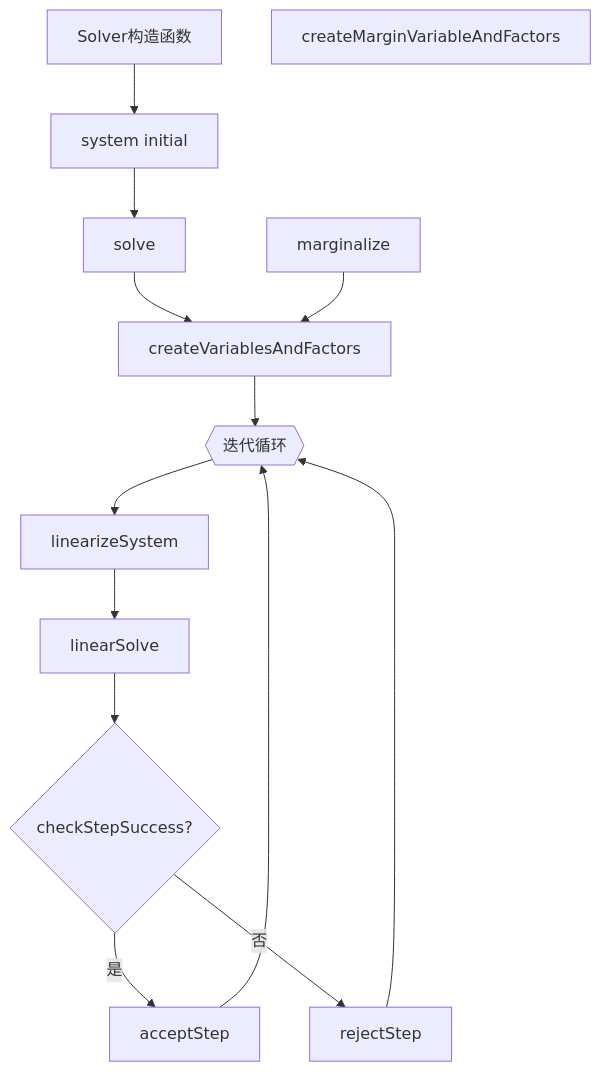
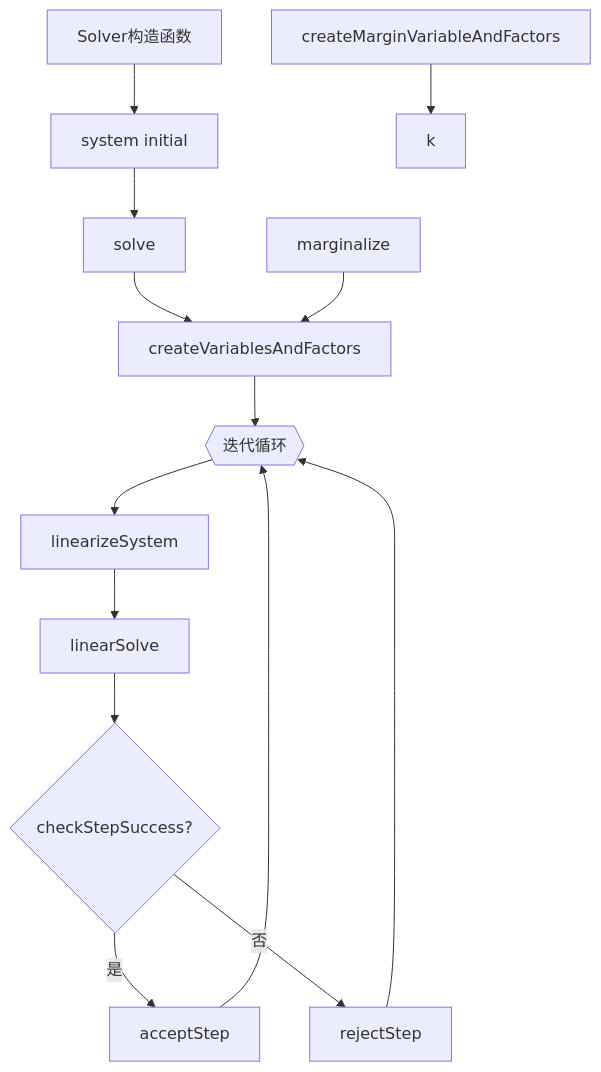
Before and after one commit to huzixuan1/iodraw-files: the diagram in all/未命名-2.md, drawn with Mermaid.

Commit message:
2025-04-17 09:29:11 update

````diff
--- a/all/未命名-2.md
+++ b/all/未命名-2.md
@@ -1,19 +1,19 @@
 ```mermaid
 
 graph TD
     A[Solver构造函数] --> B[system initial]
     B --> C[solve]
     C --> D[createVariablesAndFactors]
     D --> E{{迭代循环}}
     E --> F[linearizeSystem]
     F --> G[linearSolve]
     G --> H{checkStepSuccess?}
     H -- 是 --> I[acceptStep]
     H -- 否 --> J[rejectStep]
     I --> E
     J --> E
     K[marginalize] --> D
-    M[createMarginVariableAndFactors]
+    M[createMarginVariableAndFactors] --> k
 
 
 ```
````
